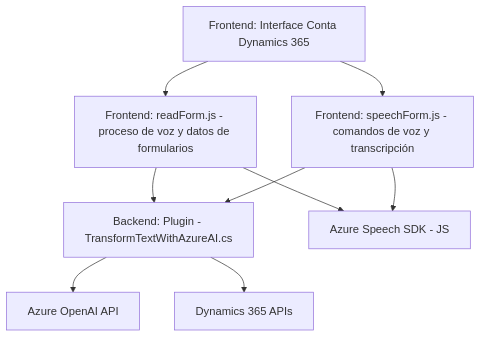
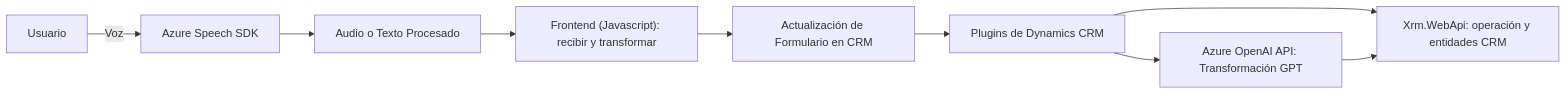
One commit to blopezdm/NETCORE_BILBAO2025 changed the diagram in README.md. Above: the diagram before and after it, drawn with Mermaid. The commit also changed other lines of this file, not shown here.

````diff
--- a/README.md
+++ b/README.md
@@ -55,19 +51,11 @@
 ```mermaid
-graph TD
-    A["Frontend: Interface Conta Dynamics 365"]
-    B["Frontend: readForm.js - proceso de voz y datos de formularios"]
-    C["Frontend: speechForm.js - comandos de voz y transcripción"]
-    D["Backend: Plugin - TransformTextWithAzureAI.cs"]
-    E["Azure Speech SDK - JS"]
-    F["Azure OpenAI API"]
-    G["Dynamics 365 APIs"]
-    
-    A --> B
-    A --> C
-    B --> E
-    C --> E
-    B --> D
-    C --> D
-    D --> F
-    D --> G
+graph LR
+    A["Usuario"] -->|Voz| B["Azure Speech SDK"]
+    B --> C["Audio o Texto Procesado"]
+    C --> D["Frontend (Javascript): recibir y transformar"]
+    D --> E["Actualización de Formulario en CRM"]
+    E --> F["Plugins de Dynamics CRM"]
+    F --> G["Azure OpenAI API: Transformación GPT"]
+    F --> H["Xrm.WebApi: operación y entidades CRM"]
+    G --> H
 ```
````
